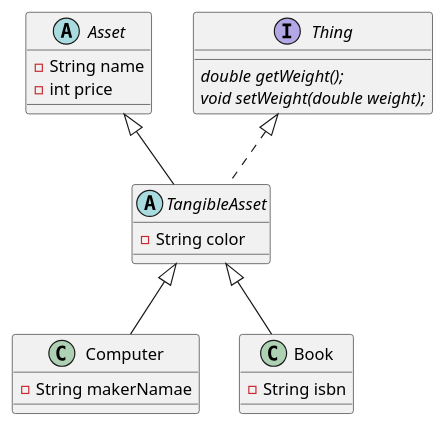
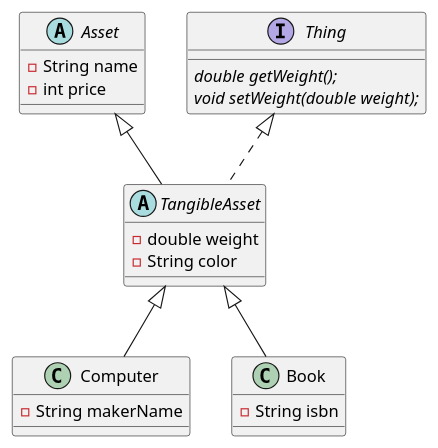
The diagram in src/main/java/com/survivalcoding/assignments_01_instance/exam01/Asset.puml (SurvivalCodingCampus/polytech_java_study), drawn with PlantUML before and after one commit. The commit also changed 1 other file, not shown here.

```diff
--- a/src/main/java/com/survivalcoding/assignments_01_instance/exam01/Asset.puml
+++ b/src/main/java/com/survivalcoding/assignments_01_instance/exam01/Asset.puml
@@ -1,35 +1,36 @@
 @startuml
 'https://plantuml.com/class-diagram
 
 abstract class Asset{
 - String name
 - int price
 
 }
 
 interface Thing{
 {abstract}double getWeight();
 {abstract}void setWeight(double weight);
 
 }
 
 abstract class TangibleAsset extends Asset implements Thing{
+- double weight
 - String color
 
 }
 
 class Computer extends TangibleAsset{
-- String makerNamae
+- String makerName
 
 }
 
 class Book extends TangibleAsset{
 - String isbn
 
 }
 
 
 
 
 
 @enduml
```
